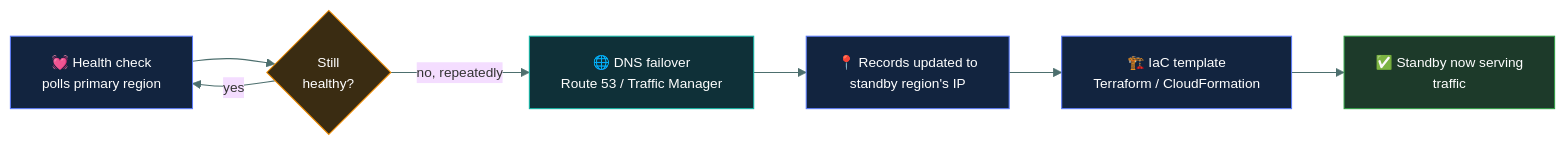
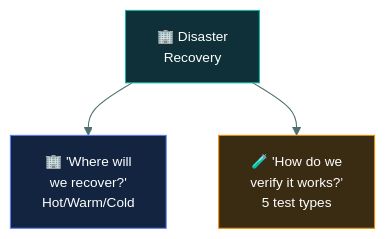
One commit to tarunTejaDesireddy/cc-exam-prep changed the third of 3 diagrams in 02-security-governance/disaster-recovery/README.md. Above: the diagram before and after it, drawn with Mermaid. The commit also changed other lines of this file and 1 other file, not shown here.

First line of the commit message:
Rewrite Disaster Recovery with hot/warm/cold sites and the 5 test types

````diff
--- a/02-security-governance/disaster-recovery/README.md
+++ b/02-security-governance/disaster-recovery/README.md
@@ -203,17 +285,11 @@
 ```mermaid
-%%{init: {'theme':'base','themeVariables':{'fontSize':'13px','lineColor':'#4d6f6e','textColor':'#dbe7e6'}}}%%
-flowchart LR
-    HC["💓 Health check<br/>polls primary region"] --> D{"Still<br/>healthy?"}
-    D -->|"yes"| HC
-    D -->|"no, repeatedly"| DNS["🌐 DNS failover<br/>Route 53 / Traffic Manager"]
-    DNS --> UP["📍 Records updated to<br/>standby region's IP"]
-    UP --> IAC["🏗️ IaC template<br/>Terraform / CloudFormation"]
-    IAC --> LIVE["✅ Standby now serving<br/>traffic"]
+%%{init: {'theme':'base','themeVariables':{'fontFamily':'Segoe UI, Helvetica Neue, Arial, sans-serif','fontSize':'13px','lineColor':'#4d6f6e','textColor':'#dbe7e6'}}}%%
+flowchart TD
+    DR["🏢 Disaster<br/>Recovery"]
+    DR --> Q1["🏢 'Where will<br/>we recover?'<br/>Hot/Warm/Cold"]
+    DR --> Q2["🧪 'How do we<br/>verify it works?'<br/>5 test types"]
 
-    style HC fill:#12243f,stroke:#5C7CFA,color:#fff
-    style D fill:#3a2c12,stroke:#F08C00,color:#fff
-    style DNS fill:#0f3038,stroke:#12B5A5,color:#fff
-    style UP fill:#12243f,stroke:#5C7CFA,color:#fff
-    style IAC fill:#12243f,stroke:#5C7CFA,color:#fff
-    style LIVE fill:#1d3a2a,stroke:#2F9E44,color:#fff
+    style DR fill:#0f3038,stroke:#12B5A5,color:#fff
+    style Q1 fill:#12243f,stroke:#5C7CFA,color:#fff
+    style Q2 fill:#3a2c12,stroke:#F08C00,color:#fff
 ```
````
